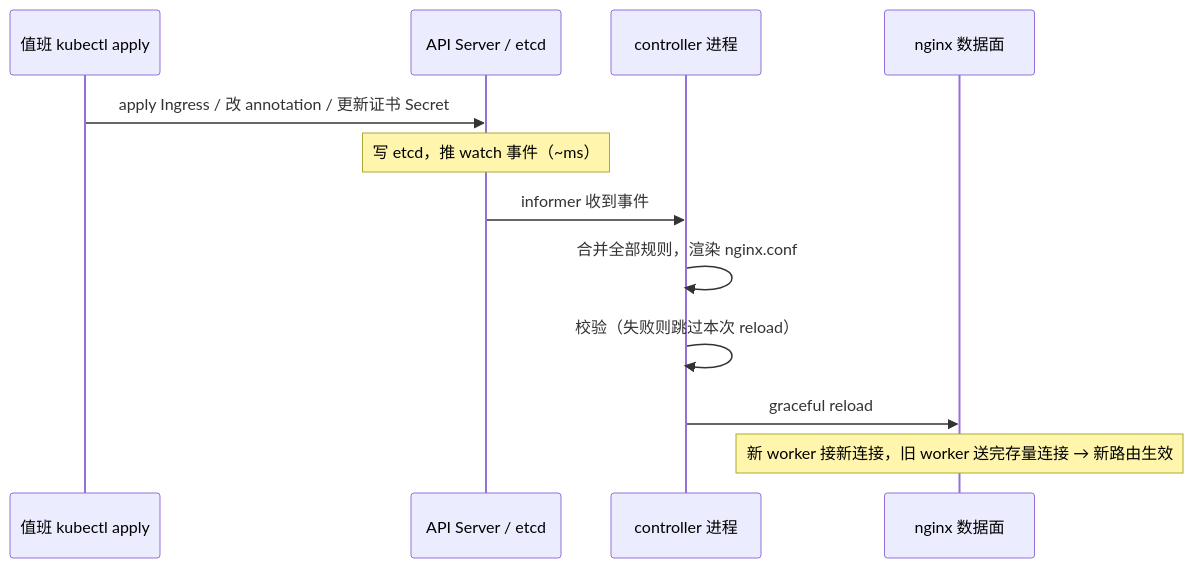
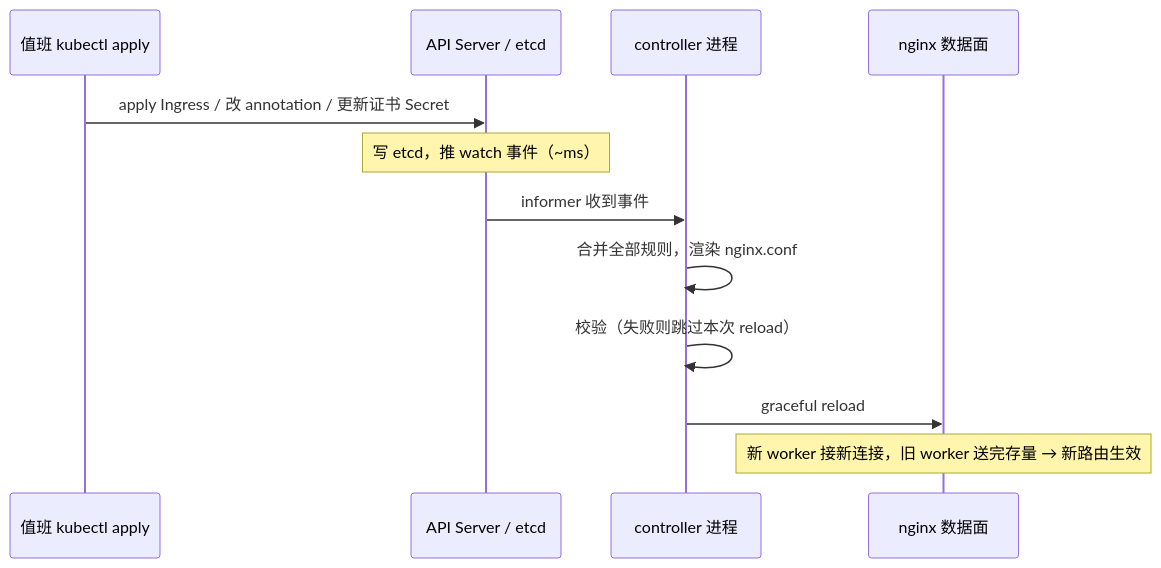
Before and after one commit to ml-cuizijun/LearnToLilith: the second of 5 diagrams in 03-Kubernetes/15-Ingress与流量管理/知识点.md, drawn with Mermaid. The commit also changed other lines of this file and 178 other files, not shown here.

````diff
--- a/03-Kubernetes/15-Ingress与流量管理/知识点.md
+++ b/03-Kubernetes/15-Ingress与流量管理/知识点.md
@@ -117,14 +124,14 @@
 ```mermaid
 sequenceDiagram
     participant Ops as 值班 kubectl apply
     participant API as API Server / etcd
     participant Ctrl as controller 进程
     participant Ngx as nginx 数据面
     Ops->>API: apply Ingress / 改 annotation / 更新证书 Secret
     Note over API: 写 etcd，推 watch 事件（~ms）
     API->>Ctrl: informer 收到事件
     Ctrl->>Ctrl: 合并全部规则，渲染 nginx.conf
     Ctrl->>Ctrl: 校验（失败则跳过本次 reload）
     Ctrl->>Ngx: graceful reload
-    Note over Ngx: 新 worker 接新连接，旧 worker 送完存量连接 → 新路由生效
+    Note over Ngx: 新 worker 接新连接，旧 worker 送完存量 → 新路由生效
 ```
````
